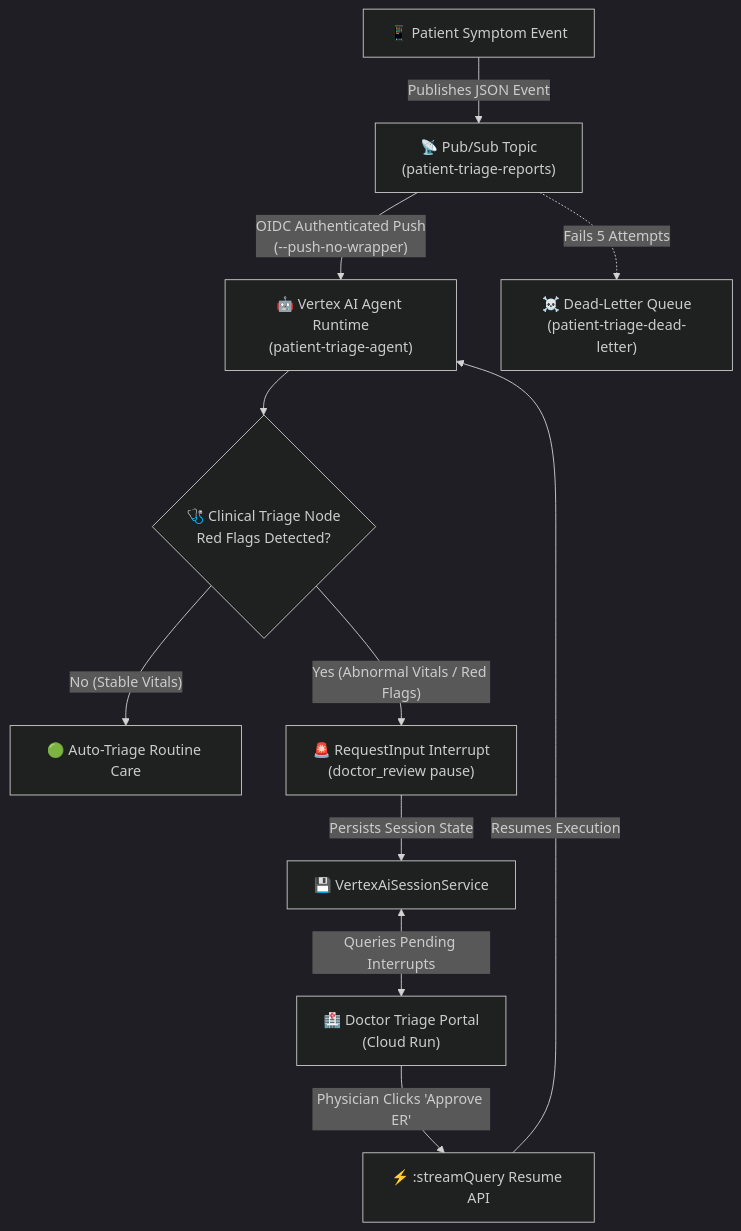
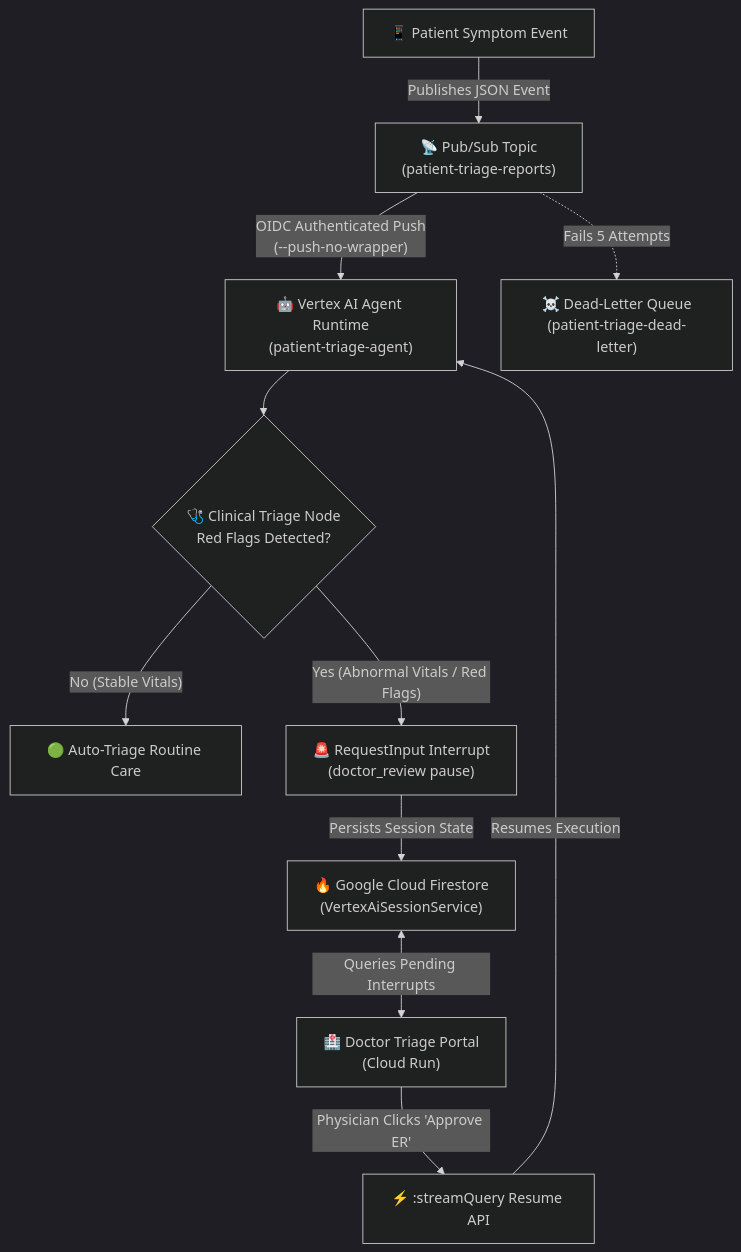
Before and after one commit to eliywilner/patient-triage-agent: the diagram in README.md, drawn with Mermaid (dark theme). The commit also changed other lines of this file and 5 other files, not shown here.

Commit message:
Update README with UI dashboard image, Firestore memory details, and objective architecture descriptions

````diff
--- a/README.md
+++ b/README.md
@@ -19,17 +27,17 @@
 ```mermaid
 flowchart TD
     A["📱 Patient Symptom Event"] -->|"Publishes JSON Event"| B["📡 Pub/Sub Topic\n(patient-triage-reports)"]
     B -->|"OIDC Authenticated Push\n(--push-no-wrapper)"| C["🤖 Vertex AI Agent Runtime\n(patient-triage-agent)"]
     
     C --> D{"🩺 Clinical Triage Node\nRed Flags Detected?"}
     D -->|"No (Stable Vitals)"| E["🟢 Auto-Triage Routine Care"]
     D -->|"Yes (Abnormal Vitals / Red Flags)"| F["🚨 RequestInput Interrupt\n(doctor_review pause)"]
     
-    F -->|"Persists Session State"| G["💾 VertexAiSessionService"]
+    F -->|"Persists Session State"| G["🔥 Google Cloud Firestore\n(VertexAiSessionService)"]
     G <-->|"Queries Pending Interrupts"| H["🏥 Doctor Triage Portal\n(Cloud Run)"]
     
     H -->|"Physician Clicks 'Approve ER'"| I["⚡ :streamQuery Resume API"]
     I -->|"Resumes Execution"| C
     
     B -.->|"Fails 5 Attempts"| J["☠️ Dead-Letter Queue\n(patient-triage-dead-letter)"]
 ```
````
